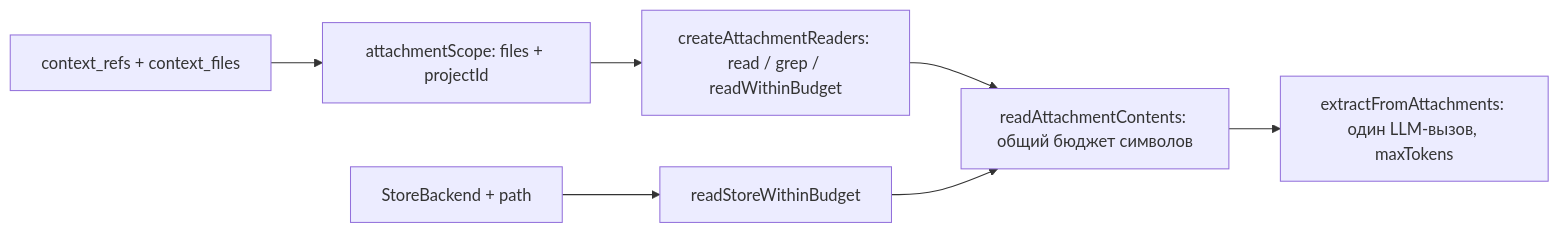
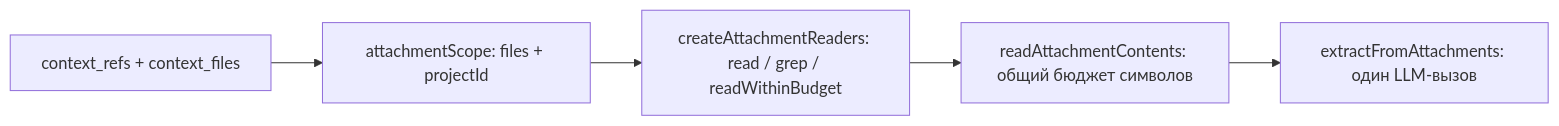
One commit to AI-37/ai37-agent-sdk changed the fifth of 10 diagrams in README.md. Above: the diagram before and after it, drawn with Mermaid. The commit also changed other lines of this file, not shown here.

````diff
--- a/README.md
+++ b/README.md
@@ -137,9 +139,7 @@
 ```mermaid
 flowchart LR
   REFS[context_refs + context_files] --> SCOPE[attachmentScope: files + projectId]
   SCOPE --> RD[createAttachmentReaders: read / grep / readWithinBudget]
-  PATH[StoreBackend + path] --> RSWB[readStoreWithinBudget]
   RD --> CT[readAttachmentContents: общий бюджет символов]
-  RSWB --> CT
-  CT --> EX[extractFromAttachments: один LLM-вызов, maxTokens]
+  CT --> EX[extractFromAttachments: один LLM-вызов]
 ```
````
